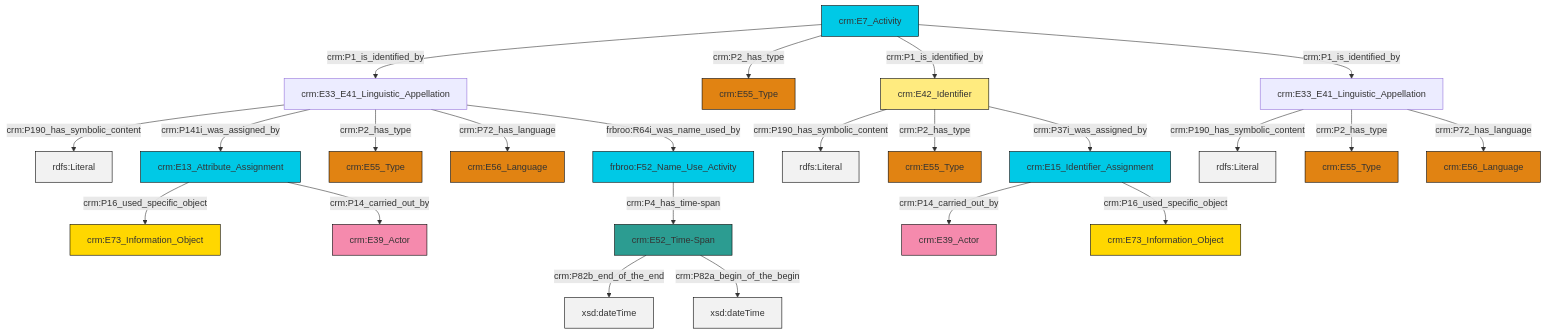
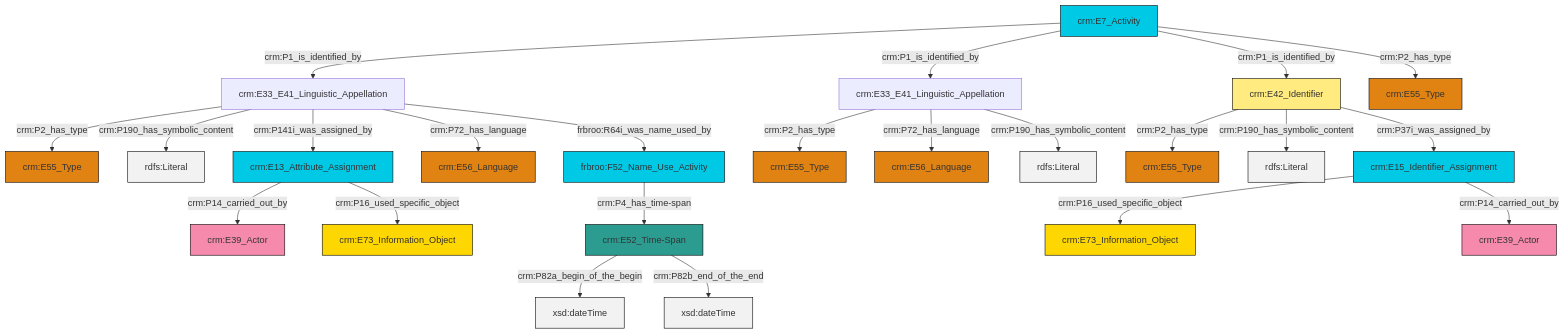
One commit to swiss-art-research-net/docs.swissartresearch changed the diagram in et/eventCSV/ttl/mmd/event_name.ttl.mmd. Above: the diagram before and after it, drawn with Mermaid. The commit also changed 216 other files, not shown here.

```diff
--- a/et/eventCSV/ttl/mmd/event_name.ttl.mmd
+++ b/et/eventCSV/ttl/mmd/event_name.ttl.mmd
@@ -1,37 +1,37 @@
 graph TD
 classDef Literal fill:#f2f2f2,stroke:#000000;
 classDef CRM_Entity fill:#FFFFFF,stroke:#000000;
 classDef Temporal_Entity fill:#00C9E6, stroke:#000000;
 classDef Type fill:#E18312, stroke:#000000;
 classDef Time-Span fill:#2C9C91, stroke:#000000;
 classDef Appellation fill:#FFEB7F, stroke:#000000;
 classDef Place fill:#008836, stroke:#000000;
 classDef Persistent_Item fill:#B266B2, stroke:#000000;
 classDef Conceptual_Object fill:#FFD700, stroke:#000000;
 classDef Physical_Thing fill:#D2B48C, stroke:#000000;
 classDef Actor fill:#f58aad, stroke:#000000;
 classDef PC_Classes fill:#4ce600, stroke:#000000;
 classDef Multi fill:#cccccc,stroke:#000000;
 
-0["crm:E33_E41_Linguistic_Appellation"]:::Default -->|crm:P190_has_symbolic_content| 1[rdfs:Literal]:::Literal
-2["crm:E7_Activity"]:::Temporal_Entity -->|crm:P1_is_identified_by| 0["crm:E33_E41_Linguistic_Appellation"]:::Default
-2["crm:E7_Activity"]:::Temporal_Entity -->|crm:P2_has_type| 6["crm:E55_Type"]:::Type
-9["crm:E42_Identifier"]:::Appellation -->|crm:P190_has_symbolic_content| 10[rdfs:Literal]:::Literal
-13["frbroo:F52_Name_Use_Activity"]:::Temporal_Entity -->|crm:P4_has_time-span| 14["crm:E52_Time-Span"]:::Time-Span
-0["crm:E33_E41_Linguistic_Appellation"]:::Default -->|crm:P141i_was_assigned_by| 15["crm:E13_Attribute_Assignment"]:::Temporal_Entity
-9["crm:E42_Identifier"]:::Appellation -->|crm:P2_has_type| 16["crm:E55_Type"]:::Type
-17["crm:E33_E41_Linguistic_Appellation"]:::Default -->|crm:P190_has_symbolic_content| 18[rdfs:Literal]:::Literal
-17["crm:E33_E41_Linguistic_Appellation"]:::Default -->|crm:P2_has_type| 19["crm:E55_Type"]:::Type
-11["crm:E15_Identifier_Assignment"]:::Temporal_Entity -->|crm:P14_carried_out_by| 20["crm:E39_Actor"]:::Actor
-0["crm:E33_E41_Linguistic_Appellation"]:::Default -->|crm:P2_has_type| 4["crm:E55_Type"]:::Type
-14["crm:E52_Time-Span"]:::Time-Span -->|crm:P82b_end_of_the_end| 22[xsd:dateTime]:::Literal
-11["crm:E15_Identifier_Assignment"]:::Temporal_Entity -->|crm:P16_used_specific_object| 27["crm:E73_Information_Object"]:::Conceptual_Object
-9["crm:E42_Identifier"]:::Appellation -->|crm:P37i_was_assigned_by| 11["crm:E15_Identifier_Assignment"]:::Temporal_Entity
-15["crm:E13_Attribute_Assignment"]:::Temporal_Entity -->|crm:P16_used_specific_object| 25["crm:E73_Information_Object"]:::Conceptual_Object
-15["crm:E13_Attribute_Assignment"]:::Temporal_Entity -->|crm:P14_carried_out_by| 7["crm:E39_Actor"]:::Actor
-2["crm:E7_Activity"]:::Temporal_Entity -->|crm:P1_is_identified_by| 9["crm:E42_Identifier"]:::Appellation
-0["crm:E33_E41_Linguistic_Appellation"]:::Default -->|crm:P72_has_language| 33["crm:E56_Language"]:::Type
-17["crm:E33_E41_Linguistic_Appellation"]:::Default -->|crm:P72_has_language| 29["crm:E56_Language"]:::Type
-0["crm:E33_E41_Linguistic_Appellation"]:::Default -->|frbroo:R64i_was_name_used_by| 13["frbroo:F52_Name_Use_Activity"]:::Temporal_Entity
-14["crm:E52_Time-Span"]:::Time-Span -->|crm:P82a_begin_of_the_begin| 35[xsd:dateTime]:::Literal
-2["crm:E7_Activity"]:::Temporal_Entity -->|crm:P1_is_identified_by| 17["crm:E33_E41_Linguistic_Appellation"]:::Default
+2["crm:E52_Time-Span"]:::Time-Span -->|crm:P82a_begin_of_the_begin| 3[xsd:dateTime]:::Literal
+4["crm:E42_Identifier"]:::Appellation -->|crm:P2_has_type| 5["crm:E55_Type"]:::Type
+6["crm:E13_Attribute_Assignment"]:::Temporal_Entity -->|crm:P14_carried_out_by| 7["crm:E39_Actor"]:::Actor
+2["crm:E52_Time-Span"]:::Time-Span -->|crm:P82b_end_of_the_end| 10[xsd:dateTime]:::Literal
+15["crm:E33_E41_Linguistic_Appellation"]:::Default -->|crm:P2_has_type| 16["crm:E55_Type"]:::Type
+15["crm:E33_E41_Linguistic_Appellation"]:::Default -->|crm:P190_has_symbolic_content| 21[rdfs:Literal]:::Literal
+4["crm:E42_Identifier"]:::Appellation -->|crm:P190_has_symbolic_content| 27[rdfs:Literal]:::Literal
+11["frbroo:F52_Name_Use_Activity"]:::Temporal_Entity -->|crm:P4_has_time-span| 2["crm:E52_Time-Span"]:::Time-Span
+8["crm:E7_Activity"]:::Temporal_Entity -->|crm:P1_is_identified_by| 15["crm:E33_E41_Linguistic_Appellation"]:::Default
+6["crm:E13_Attribute_Assignment"]:::Temporal_Entity -->|crm:P16_used_specific_object| 18["crm:E73_Information_Object"]:::Conceptual_Object
+15["crm:E33_E41_Linguistic_Appellation"]:::Default -->|crm:P141i_was_assigned_by| 6["crm:E13_Attribute_Assignment"]:::Temporal_Entity
+15["crm:E33_E41_Linguistic_Appellation"]:::Default -->|crm:P72_has_language| 25["crm:E56_Language"]:::Type
+13["crm:E33_E41_Linguistic_Appellation"]:::Default -->|crm:P2_has_type| 0["crm:E55_Type"]:::Type
+30["crm:E15_Identifier_Assignment"]:::Temporal_Entity -->|crm:P16_used_specific_object| 34["crm:E73_Information_Object"]:::Conceptual_Object
+15["crm:E33_E41_Linguistic_Appellation"]:::Default -->|frbroo:R64i_was_name_used_by| 11["frbroo:F52_Name_Use_Activity"]:::Temporal_Entity
+8["crm:E7_Activity"]:::Temporal_Entity -->|crm:P1_is_identified_by| 13["crm:E33_E41_Linguistic_Appellation"]:::Default
+13["crm:E33_E41_Linguistic_Appellation"]:::Default -->|crm:P72_has_language| 35["crm:E56_Language"]:::Type
+8["crm:E7_Activity"]:::Temporal_Entity -->|crm:P1_is_identified_by| 4["crm:E42_Identifier"]:::Appellation
+30["crm:E15_Identifier_Assignment"]:::Temporal_Entity -->|crm:P14_carried_out_by| 23["crm:E39_Actor"]:::Actor
+4["crm:E42_Identifier"]:::Appellation -->|crm:P37i_was_assigned_by| 30["crm:E15_Identifier_Assignment"]:::Temporal_Entity
+13["crm:E33_E41_Linguistic_Appellation"]:::Default -->|crm:P190_has_symbolic_content| 40[rdfs:Literal]:::Literal
+8["crm:E7_Activity"]:::Temporal_Entity -->|crm:P2_has_type| 28["crm:E55_Type"]:::Type
```
